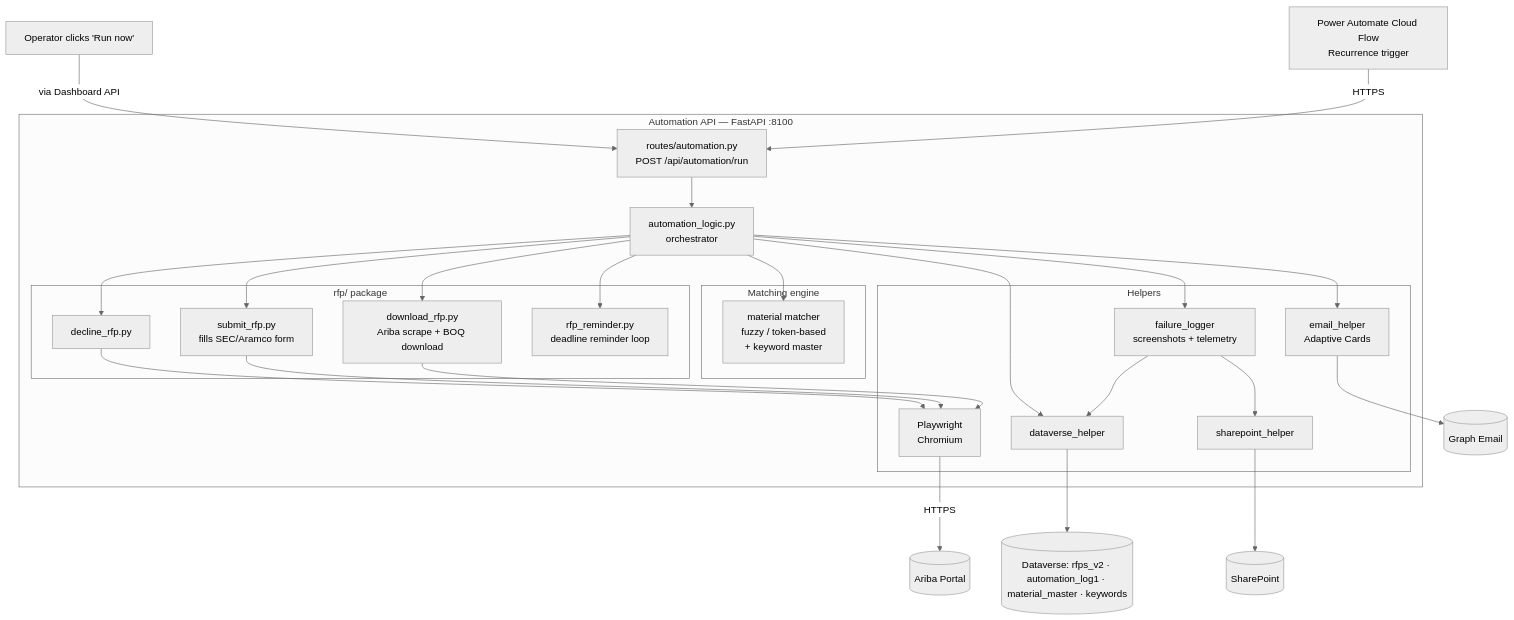
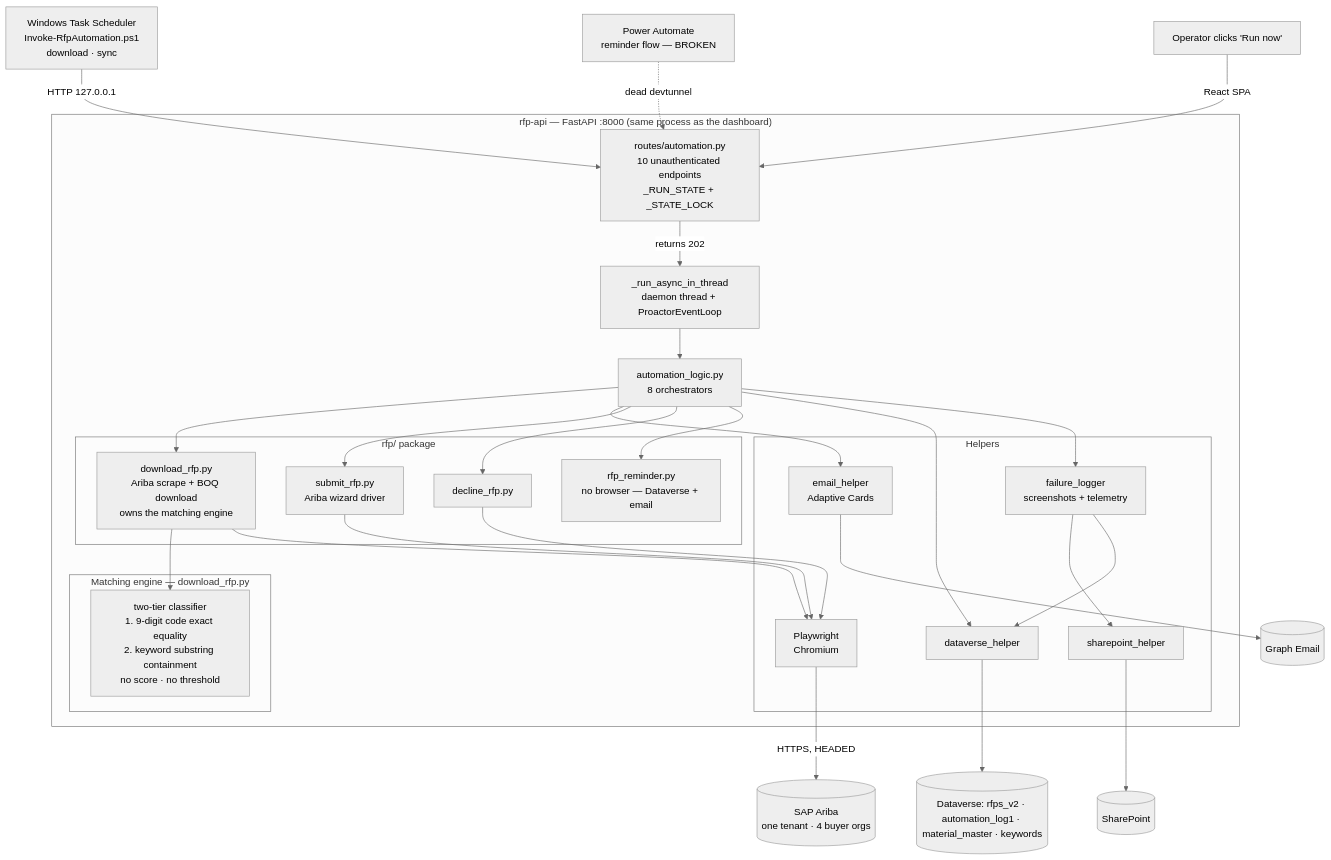
One commit to ManishDyna/RFP-Automation changed the fourth of 7 diagrams in docs/02-architecture/04-SAD-Software-Architecture-Document.md. Above: the diagram before and after it, drawn with Mermaid. The commit also changed other lines of this file and 24 other files, not shown here.

````diff
--- a/docs/02-architecture/04-SAD-Software-Architecture-Document.md
+++ b/docs/02-architecture/04-SAD-Software-Architecture-Document.md
@@ -260,54 +288,58 @@
 ```mermaid
 %%{init: {'theme':'neutral'}}%%
 flowchart TB
-    PA[Power Automate Cloud Flow<br/>Recurrence trigger]
+    TS[Windows Task Scheduler<br/>Invoke-RfpAutomation.ps1<br/>download · sync]
+    PA[Power Automate<br/>reminder flow — BROKEN]
     OP[Operator clicks 'Run now']
 
-    subgraph autoapi["Automation API — FastAPI :8100"]
-        ROUTER[routes/automation.py<br/>POST /api/automation/run]
-        ORCH[automation_logic.py<br/>orchestrator]
+    subgraph autoapi["rfp-api — FastAPI :8000 (same process as the dashboard)"]
+        ROUTER[routes/automation.py<br/>10 unauthenticated endpoints<br/>_RUN_STATE + _STATE_LOCK]
+        THREAD[_run_async_in_thread<br/>daemon thread + ProactorEventLoop]
+        ORCH[automation_logic.py<br/>8 orchestrators]
 
         subgraph rfp["rfp/ package"]
-            DOWN[download_rfp.py<br/>Ariba scrape + BOQ download]
-            SUB[submit_rfp.py<br/>fills SEC/Aramco form]
+            DOWN[download_rfp.py<br/>Ariba scrape + BOQ download<br/>owns the matching engine]
+            SUB[submit_rfp.py<br/>Ariba wizard driver]
             DEC[decline_rfp.py]
-            REM[rfp_reminder.py<br/>deadline reminder loop]
+            REM[rfp_reminder.py<br/>no browser — Dataverse + email]
         end
 
-        subgraph match["Matching engine"]
-            MM[material matcher<br/>fuzzy / token-based<br/>+ keyword master]
+        subgraph match["Matching engine — download_rfp.py"]
+            MM[two-tier classifier<br/>1. 9-digit code exact equality<br/>2. keyword substring containment<br/>no score · no threshold]
         end
 
         subgraph helpers2["Helpers"]
             PW[Playwright<br/>Chromium]
             DV2[dataverse_helper]
             EM[email_helper<br/>Adaptive Cards]
             SP2[sharepoint_helper]
             FL[failure_logger<br/>screenshots + telemetry]
         end
     end
 
-    PA -- HTTPS --> ROUTER
-    OP -- via Dashboard API --> ROUTER
-    ROUTER --> ORCH
+    TS -- HTTP 127.0.0.1 --> ROUTER
+    PA -. dead devtunnel .-> ROUTER
+    OP -- React SPA --> ROUTER
+    ROUTER -- returns 202 --> THREAD
+    THREAD --> ORCH
     ORCH --> DOWN
-    ORCH --> MM
+    DOWN --> MM
     ORCH --> EM
     ORCH --> SUB
     ORCH --> DEC
     ORCH --> REM
 
     DOWN --> PW
     SUB --> PW
     DEC --> PW
 
-    PW -- HTTPS --> ARIBA[(Ariba Portal)]
+    PW -- HTTPS, HEADED --> ARIBA[(SAP Ariba<br/>one tenant · 4 buyer orgs)]
     DV2 --> DVT[(Dataverse: rfps_v2 · automation_log1 · material_master · keywords)]
     EM --> GR[(Graph Email)]
     SP2 --> SPS[(SharePoint)]
     FL --> SP2
     FL --> DV2
 
     ORCH --> DV2
     ORCH --> FL
 ```
````
